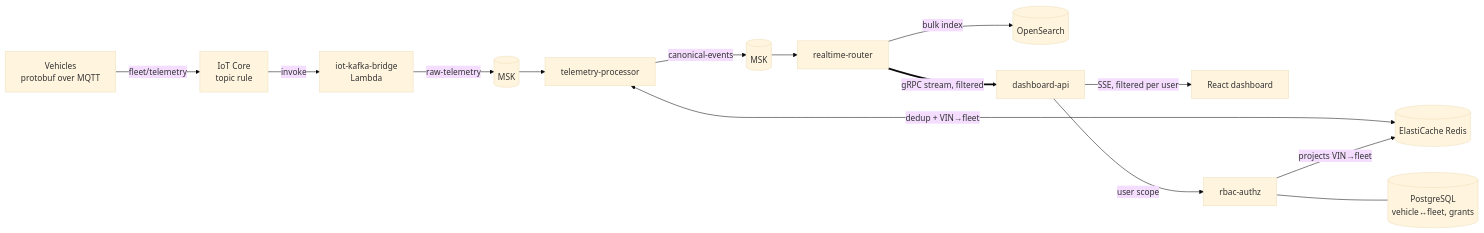
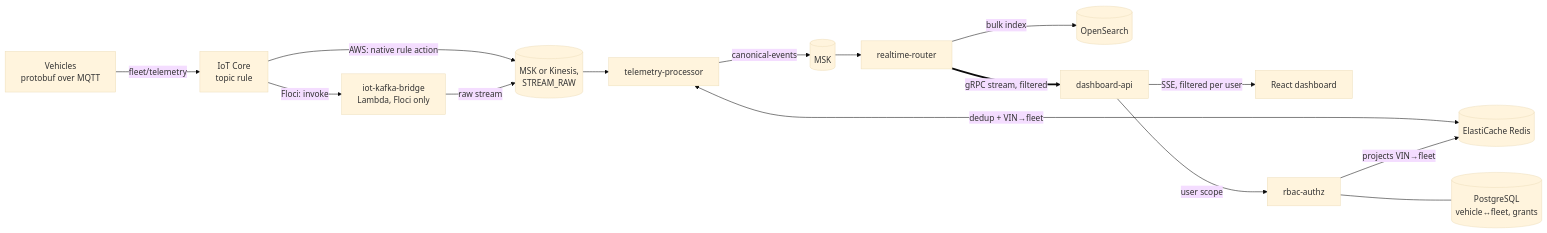
One commit to ayi-phd/fleet-telemetry changed the diagram in README.md. Above: the diagram before and after it, drawn with Mermaid (base theme). The commit also changed other lines of this file and 25 other files, not shown here.

````diff
--- a/README.md
+++ b/README.md
@@ -16,16 +16,17 @@
 ```mermaid
 flowchart LR
   V[Vehicles<br/>protobuf over MQTT] -->|fleet/telemetry| IOT[IoT Core<br/>topic rule]
-  IOT -->|invoke| LAM[iot-kafka-bridge<br/>Lambda]
-  LAM -->|raw-telemetry| K1[(MSK)]
+  IOT -->|Floci: invoke| LAM[iot-kafka-bridge<br/>Lambda, Floci only]
+  IOT -->|AWS: native rule action| K1
+  LAM -->|raw stream| K1[(MSK or Kinesis,<br/>STREAM_RAW)]
   K1 --> TP[telemetry-processor]
   TP <-->|dedup + VIN→fleet| R[(ElastiCache Redis)]
   TP -->|canonical-events| K2[(MSK)]
   K2 --> RR[realtime-router]
   RR -->|bulk index| OS[(OpenSearch)]
   RR ==>|gRPC stream, filtered| DA[dashboard-api]
   DA -->|SSE, filtered per user| UI[React dashboard]
   DA -->|user scope| AZ[rbac-authz]
   AZ --- PG[(PostgreSQL<br/>vehicle↔fleet, grants)]
   AZ -->|projects VIN→fleet| R
 ```
````
